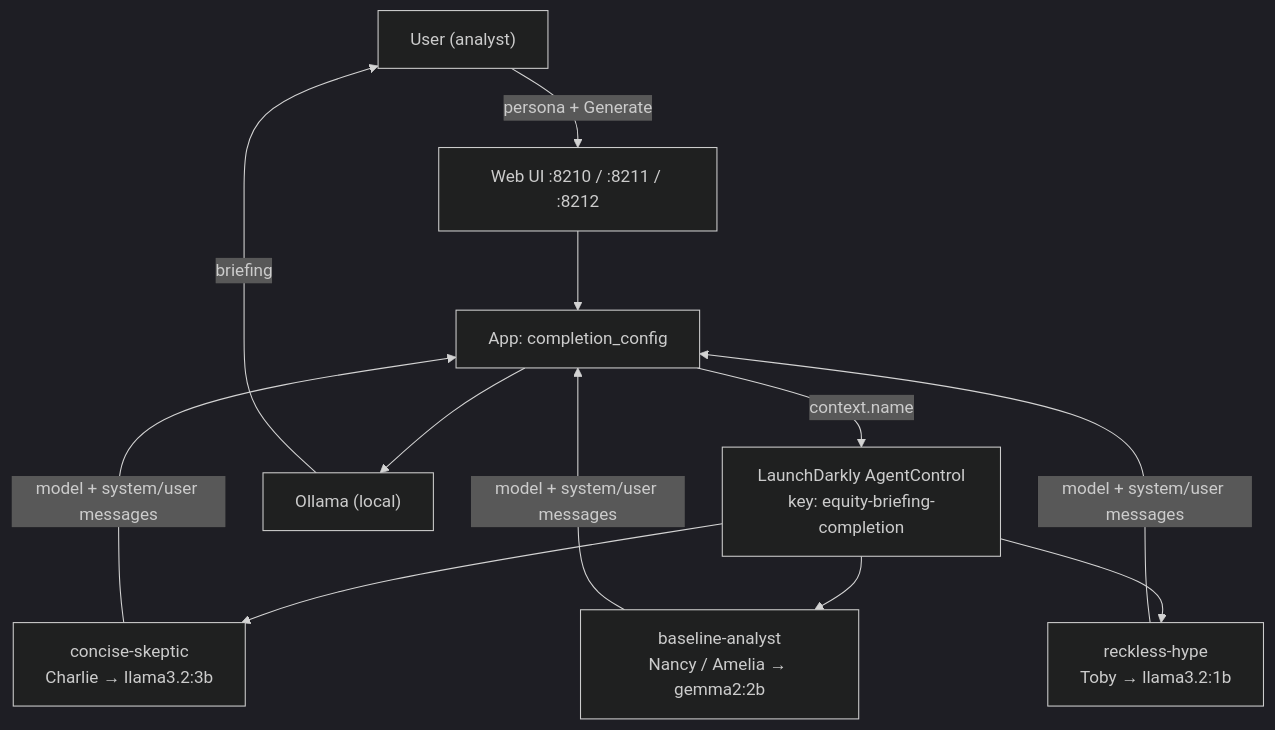
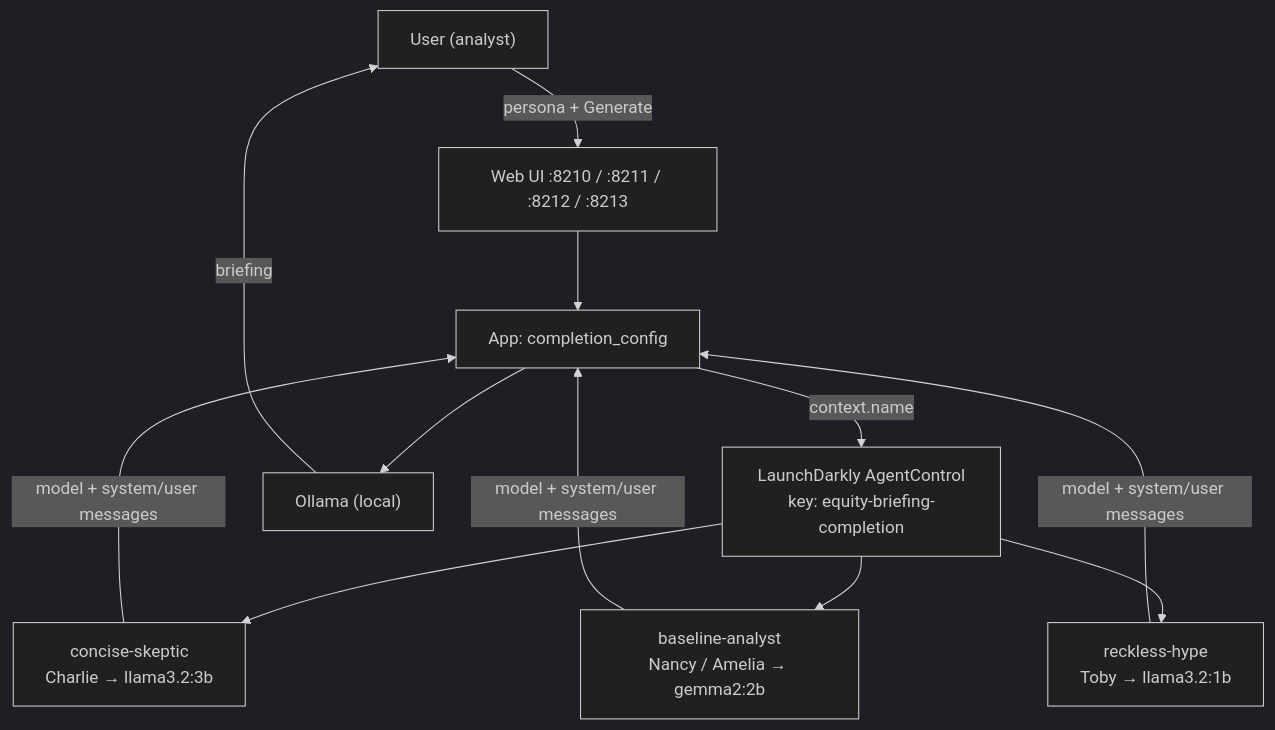
The diagram in 20-agent-config/21-agent-completion-config/README.md (marcoman/lunch-marcoly), drawn with Mermaid (dark theme) before and after one commit. The commit also changed other lines of this file and 47 other files, not shown here.

````diff
--- a/20-agent-config/21-agent-completion-config/README.md
+++ b/20-agent-config/21-agent-completion-config/README.md
@@ -23,17 +23,17 @@
 ```mermaid
 flowchart TB
   User["User (analyst)"]
-  UI["Web UI :8210 / :8211 / :8212"]
+  UI["Web UI :8210 / :8211 / :8212 / :8213"]
   App["App: completion_config"]
   LD["LaunchDarkly AgentControl<br/>key: equity-briefing-completion"]
   V1["concise-skeptic<br/>Charlie → llama3.2:3b"]
   V2["baseline-analyst<br/>Nancy / Amelia → gemma2:2b"]
   V3["reckless-hype<br/>Toby → llama3.2:1b"]
   LLM["Ollama (local)"]
 
   User -->|"persona + Generate"| UI --> App
   App -->|"context.name"| LD
   LD --> V1 & V2 & V3
   V1 & V2 & V3 -->|"model + system/user messages"| App
   App --> LLM -->|"briefing"| User
 ```
````
